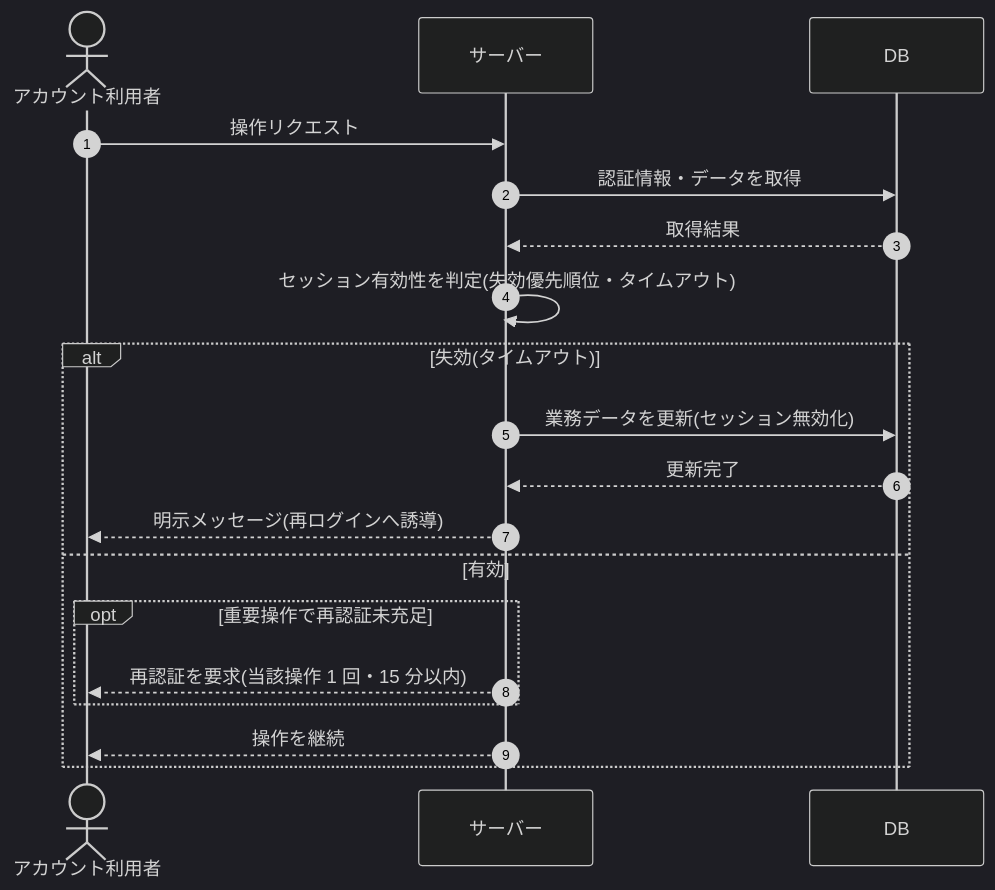
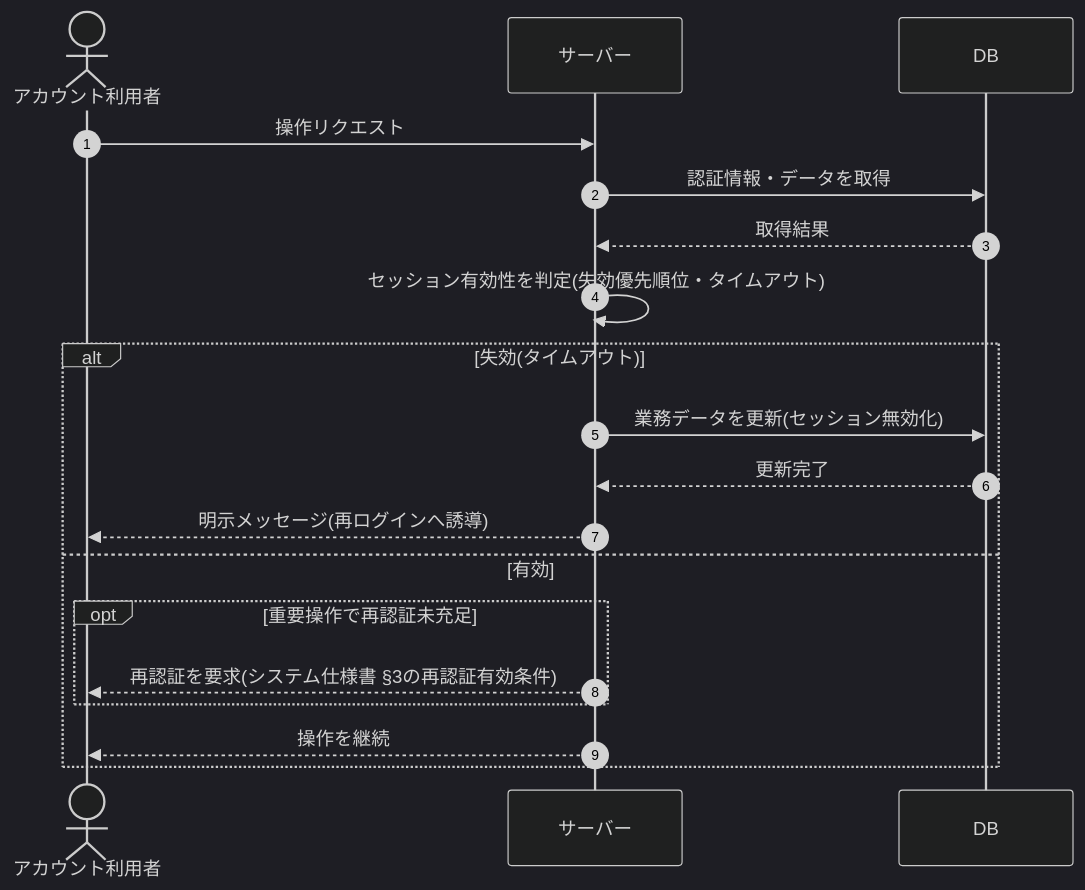
Before and after one commit to sikakou54/open-faq: the diagram in 02_basic_design/03_sequences/SEQ-099.md, drawn with Mermaid (dark theme). The commit also changed other lines of this file and 446 other files, not shown here.

````diff
--- a/02_basic_design/03_sequences/SEQ-099.md
+++ b/02_basic_design/03_sequences/SEQ-099.md
@@ -25,21 +15,21 @@
 ```mermaid
 sequenceDiagram
   autonumber
   actor U as アカウント利用者
   participant Server as サーバー
   participant DB as DB
   U->>Server: 操作リクエスト
   Server->>DB: 認証情報・データを取得
   DB-->>Server: 取得結果
   Server->>Server: セッション有効性を判定(失効優先順位・タイムアウト)
   alt 失効(タイムアウト)
     Server->>DB: 業務データを更新(セッション無効化)
     DB-->>Server: 更新完了
     Server-->>U: 明示メッセージ(再ログインへ誘導)
   else 有効
     opt 重要操作で再認証未充足
-      Server-->>U: 再認証を要求(当該操作 1 回・15 分以内)
+      Server-->>U: 再認証を要求(システム仕様書 §3の再認証有効条件)
     end
     Server-->>U: 操作を継続
   end
 ```
````
